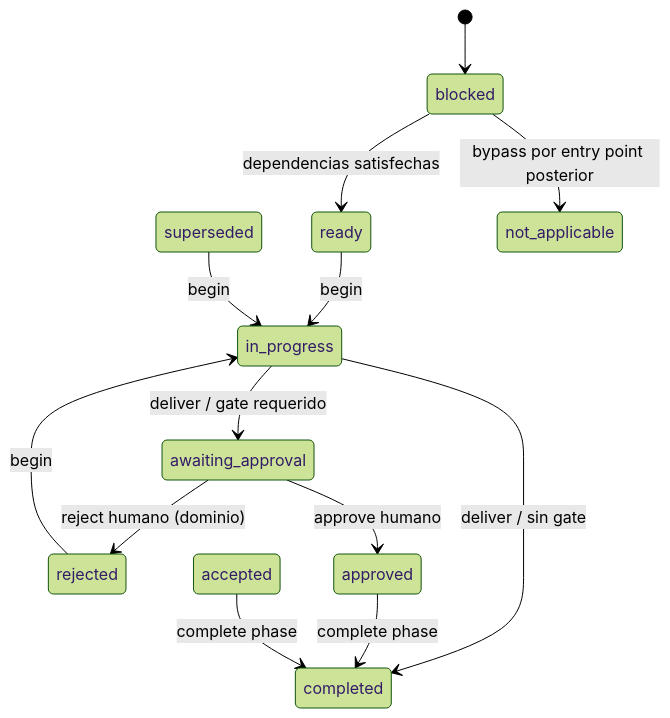
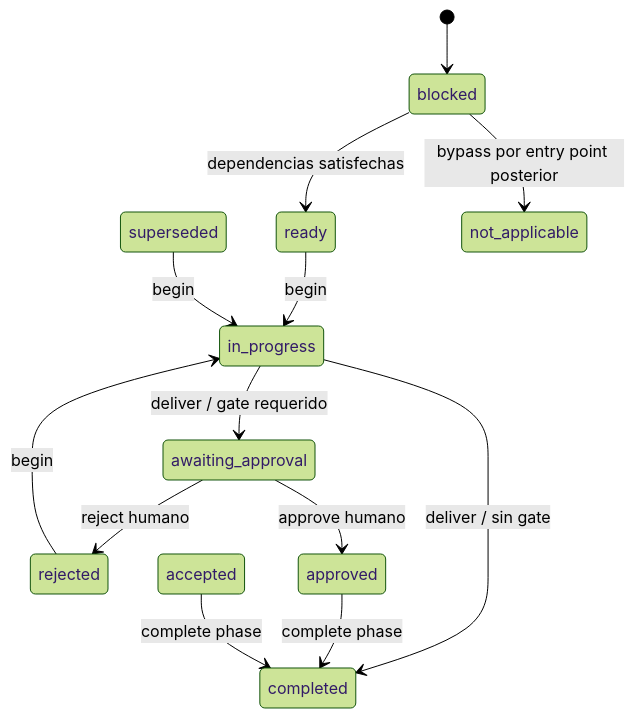
The fifth of 15 diagrams in docs/9-guia-tecnica-cli.md (matiasezequieldimuro/ssd-workflow), drawn with Mermaid (forest theme) before and after one commit. The commit also changed other lines of this file and 14 other files, not shown here.

````diff
--- a/docs/9-guia-tecnica-cli.md
+++ b/docs/9-guia-tecnica-cli.md
@@ -878,19 +896,19 @@
 ```mermaid
 stateDiagram-v2
     [*] --> blocked
     blocked --> ready: dependencias satisfechas
     ready --> in_progress: begin
     rejected --> in_progress: begin
     superseded --> in_progress: begin
 
     in_progress --> awaiting_approval: deliver / gate requerido
     in_progress --> completed: deliver / sin gate
 
     awaiting_approval --> approved: approve humano
-    awaiting_approval --> rejected: reject humano (dominio)
+    awaiting_approval --> rejected: reject humano
 
     approved --> completed: complete phase
     accepted --> completed: complete phase
 
     blocked --> not_applicable: bypass por entry point posterior
 ```
````
